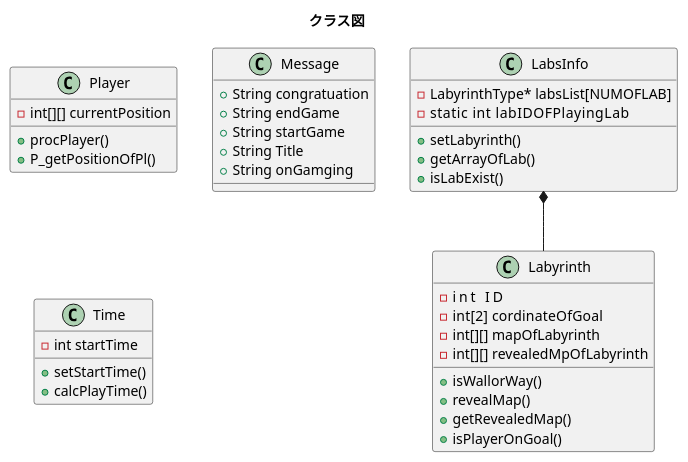
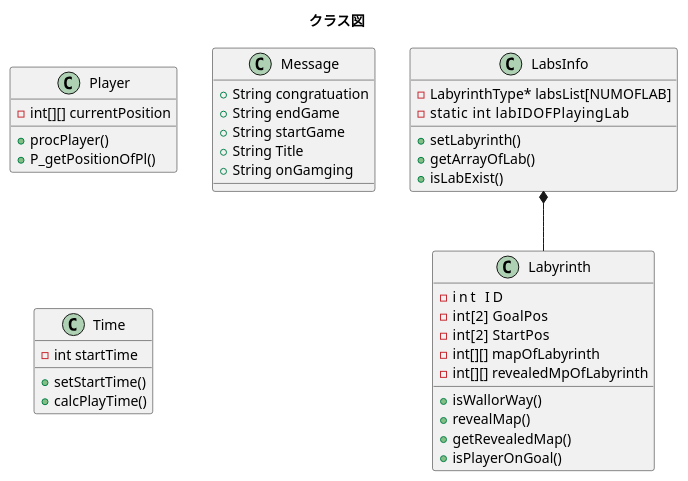
One commit to horiyoshihiro/LabyrinthGame changed the diagram in Doc/class.pu. Above: the diagram before and after it, drawn with PlantUML. The commit also changed 10 other files, not shown here.

```diff
--- a/Doc/class.pu
+++ b/Doc/class.pu
@@ -1,44 +1,45 @@
 @startuml
 title クラス図
 
 class Player {
     -int[][] currentPosition
     +procPlayer()
     +P_getPositionOfPl()
 }
 class Labyrinth {
     -int     ID
-    -int[2]  cordinateOfGoal
+    -int[2]  GoalPos
+    -int[2]  StartPos
     -int[][] mapOfLabyrinth
     -int[][] revealedMpOfLabyrinth
     
     +isWallorWay()
     +revealMap()
     +getRevealedMap()
     +isPlayerOnGoal()
 }
 class LabsInfo {
     -LabyrinthType* labsList[NUMOFLAB]
     -static int     labIDOFPlayingLab
     +setLabyrinth()
     +getArrayOfLab()
     +isLabExist()
 }
 
 class Message {
     +String congratuation
     +String endGame
     +String startGame
     +String Title
     +String onGamging
 }
 class Time {
     -int startTime
     +setStartTime()
     +calcPlayTime()
 }
 
 LabsInfo *-- Labyrinth  
 
 
 @enduml
```
